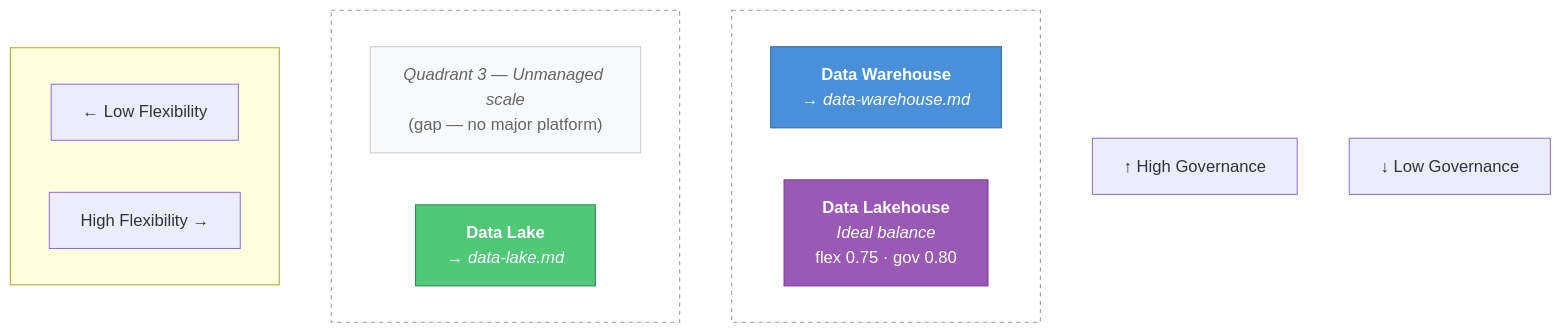
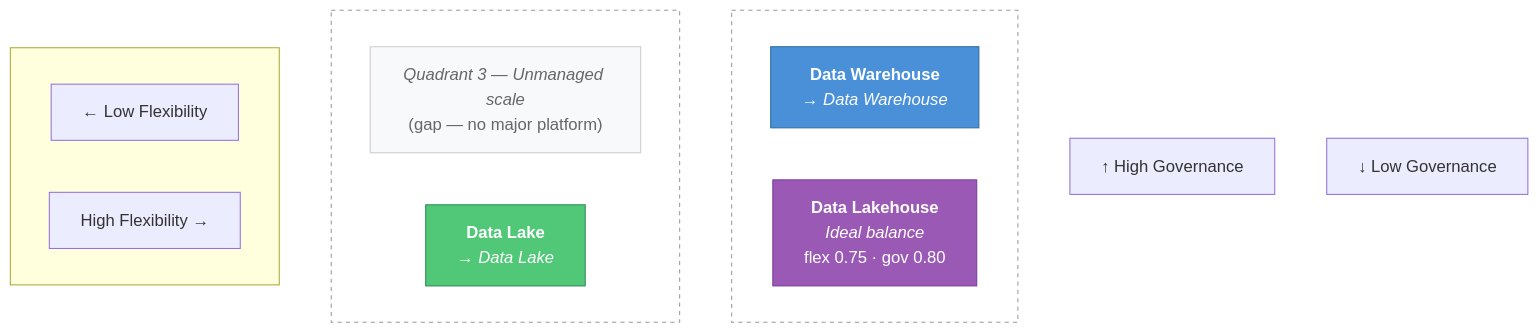
Before and after one commit to adnanrahin/adnanrahin.github.io: the eighth of 8 diagrams in data-architecture/data-lakehouse.md, drawn with Mermaid. The commit also changed other lines of this file and 6 other files, not shown here.

Commit message:
updated the flowchart

````diff
--- a/data-architecture/data-lakehouse.md
+++ b/data-architecture/data-lakehouse.md
@@ -274,31 +274,31 @@
 ```mermaid
 flowchart TB
     GOV_HI["↑ High Governance"]
 
     subgraph ROW1[" "]
         direction LR
-        DW["<b>Data Warehouse</b><br/><i>→ data-warehouse.md</i>"]
+        DW["<b>Data Warehouse</b><br/><i>→ Data Warehouse</i>"]
         LH["<b>Data Lakehouse</b><br/><i>Ideal balance</i><br/>flex 0.75 · gov 0.80"]
     end
 
     subgraph ROW2[" "]
         direction LR
         Q3["<i>Quadrant 3 — Unmanaged scale</i><br/>(gap — no major platform)"]
-        DL["<b>Data Lake</b><br/><i>→ data-lake.md</i>"]
+        DL["<b>Data Lake</b><br/><i>→ Data Lake</i>"]
     end
 
     GOV_LO["↓ Low Governance"]
 
     subgraph XAXIS[" "]
         direction LR
         FLEX_LO["← Low Flexibility"]
         FLEX_HI["High Flexibility →"]
     end
 
     style DW fill:#4A90D9,color:#fff,stroke:#2E6DA4
     style DL fill:#50C878,color:#fff,stroke:#2E8B57
     style LH fill:#9B59B6,color:#fff,stroke:#7D3C98
     style Q3 fill:#F8F9FA,color:#666,stroke:#CCC
     style ROW1 fill:none,stroke:#999,stroke-dasharray:4
     style ROW2 fill:none,stroke:#999,stroke-dasharray:4
 ```
````
